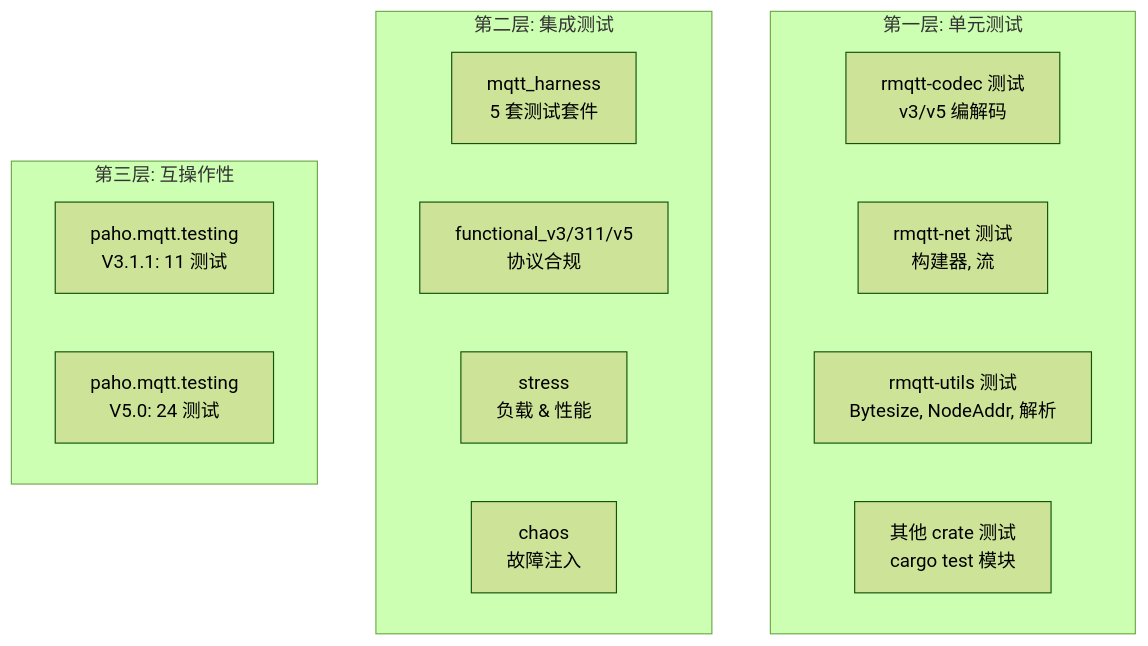
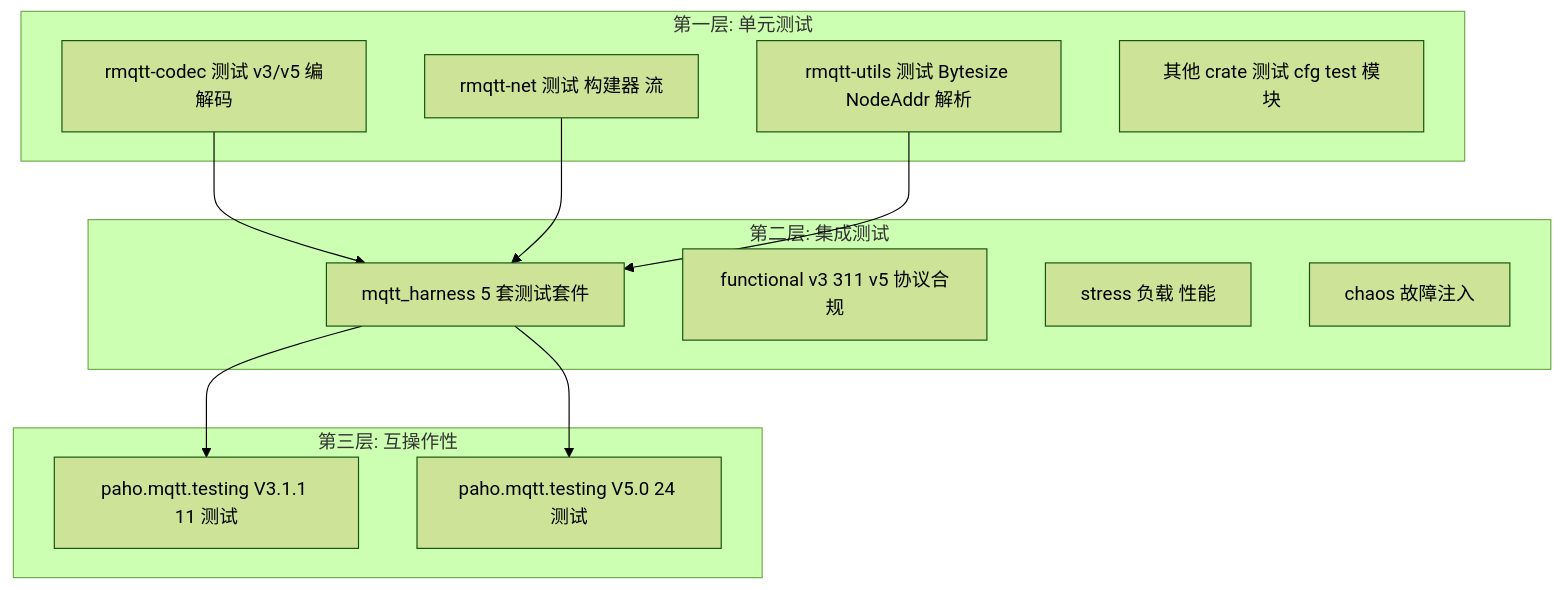
One commit to rmqtt/rmqtt changed the diagram in docs/zh_CN/development/testing.md. Above: the diagram before and after it, drawn with Mermaid (forest theme). The commit also changed 1 other file, not shown here.

Commit message:
fix(docs): repair Mermaid syntax in testing guide diagrams
- Remove special characters (parens, brackets) from node labels
- Add missing arrow connections between test layers
- Ensure EN and ZH-CN versions have identical diagram structure

````diff
--- a/docs/zh_CN/development/testing.md
+++ b/docs/zh_CN/development/testing.md
@@ -11,21 +11,27 @@
 ```mermaid
 graph TD
-    subgraph "第一层: 单元测试"
-        UT1[rmqtt-codec 测试<br/>v3/v5 编解码]
-        UT2[rmqtt-net 测试<br/>构建器, 流]
-        UT3[rmqtt-utils 测试<br/>Bytesize, NodeAddr, 解析]
-        UT4[其他 crate 测试<br/>cargo test 模块]
+    subgraph L1["第一层: 单元测试"]
+        UT1["rmqtt-codec 测试 v3/v5 编解码"]
+        UT2["rmqtt-net 测试 构建器 流"]
+        UT3["rmqtt-utils 测试 Bytesize NodeAddr 解析"]
+        UT4["其他 crate 测试 cfg test 模块"]
     end
 
-    subgraph "第二层: 集成测试"
-        IT1[mqtt_harness<br/>5 套测试套件]
-        IT2[functional_v3/311/v5<br/>协议合规]
-        IT3[stress<br/>负载 & 性能]
-        IT4[chaos<br/>故障注入]
+    subgraph L2["第二层: 集成测试"]
+        IT1["mqtt_harness 5 套测试套件"]
+        IT2["functional v3 311 v5 协议合规"]
+        IT3["stress 负载 性能"]
+        IT4["chaos 故障注入"]
     end
 
-    subgraph "第三层: 互操作性"
-        IP1[paho.mqtt.testing<br/>V3.1.1: 11 测试]
-        IP2[paho.mqtt.testing<br/>V5.0: 24 测试]
+    subgraph L3["第三层: 互操作性"]
+        IP1["paho.mqtt.testing V3.1.1 11 测试"]
+        IP2["paho.mqtt.testing V5.0 24 测试"]
     end
+
+    UT1 --> IT1
+    UT2 --> IT1
+    UT3 --> IT1
+    IT1 --> IP1
+    IT1 --> IP2
 ```
````
